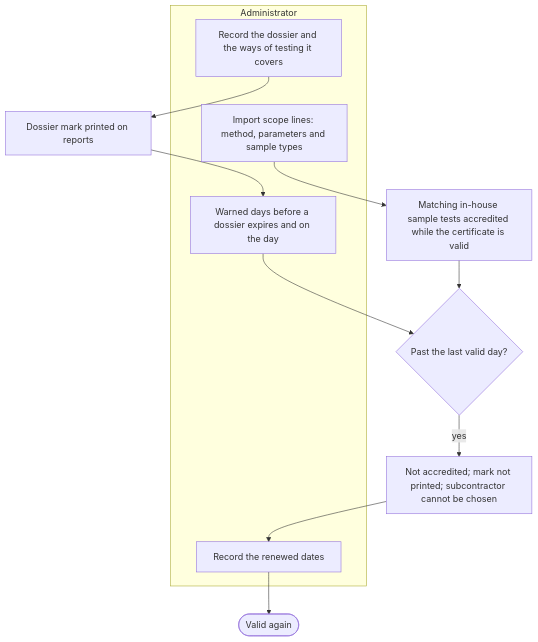
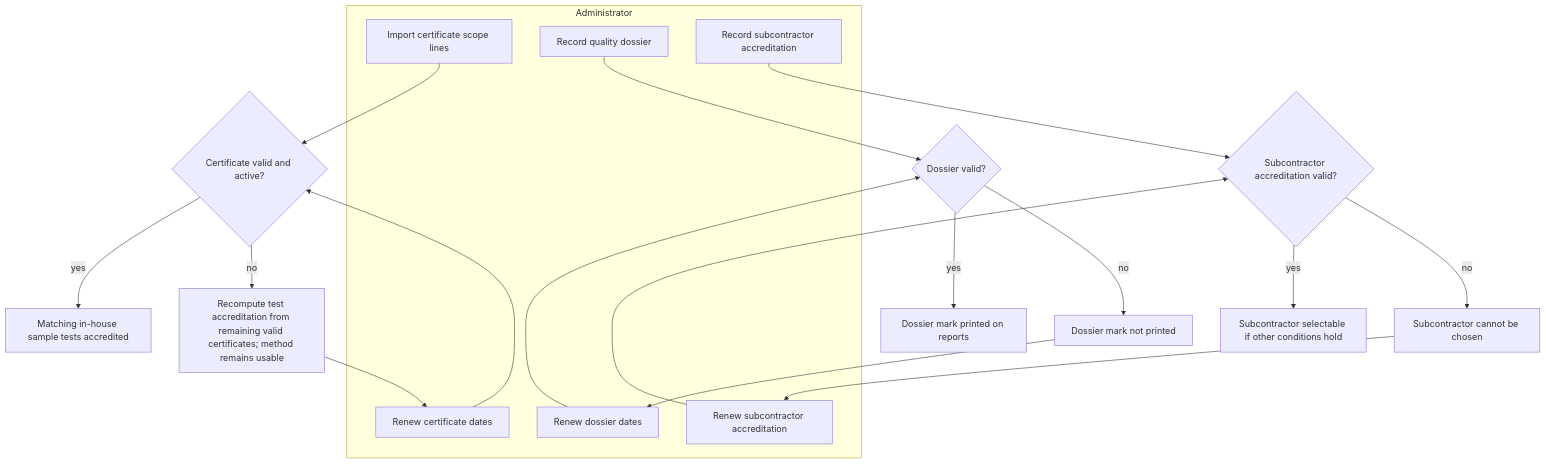
Before and after one commit to SoltuneMontepre/medilab: diagram 13 of 16 in docs/functional/business-flows.md, drawn with Mermaid. The commit also changed other lines of this file and 22 other files, not shown here.

````diff
--- a/docs/functional/business-flows.md
+++ b/docs/functional/business-flows.md
@@ -582,16 +574,23 @@
 ```mermaid
 flowchart TD
     subgraph lane30 ["Administrator"]
-        a1[Import scope lines: method, parameters and sample types]
-        a2[Record the dossier and the ways of testing it covers]
-        a3[Warned days before a dossier expires and on the day]
-        a4[Record the renewed dates]
+        a1[Import certificate scope lines]
+        a2[Record quality dossier]
+        a3[Record subcontractor accreditation]
+        r1[Renew certificate dates]
+        r2[Renew dossier dates]
+        r3[Renew subcontractor accreditation]
     end
-    a1 --> acc[Matching in-house sample tests accredited while the certificate is valid]
-    a2 --> mark[Dossier mark printed on reports]
-    mark --> a3
-    acc --> exp{Past the last valid day?}
-    a3 --> exp
-    exp -->|yes| off["Not accredited; mark not printed; subcontractor cannot be chosen"]
-    off --> a4 --> valid([Valid again])
+    a1 --> c{Certificate valid and active?}
+    c -->|yes| acc[Matching in-house sample tests accredited]
+    c -->|no| noacc[Recompute test accreditation from remaining valid certificates; method remains usable]
+    noacc --> r1 --> c
+    a2 --> d{Dossier valid?}
+    d -->|yes| mark[Dossier mark printed on reports]
+    d -->|no| nomark[Dossier mark not printed]
+    nomark --> r2 --> d
+    a3 --> s{Subcontractor accreditation valid?}
+    s -->|yes| selectable[Subcontractor selectable if other conditions hold]
+    s -->|no| blocked[Subcontractor cannot be chosen]
+    blocked --> r3 --> s
 ```
````
